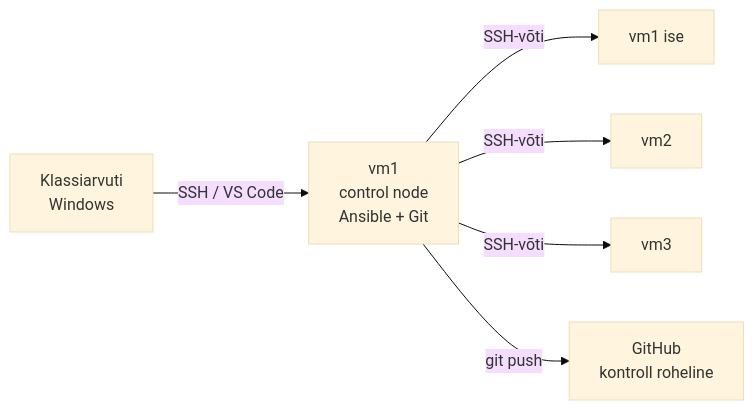
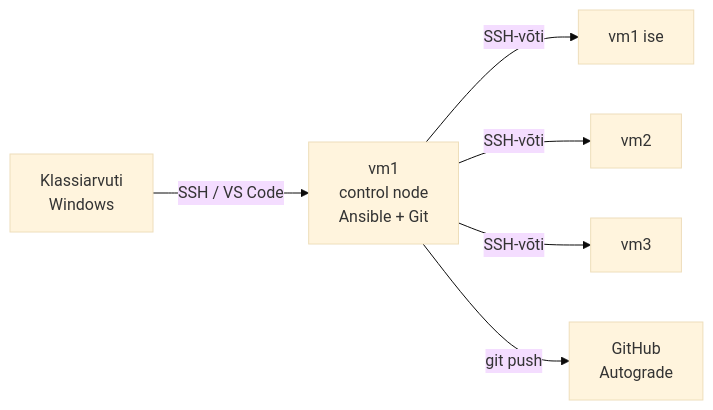
The diagram in docs/week01/lab.md (hkhk-automation/devops-lite), drawn with Mermaid (base theme) before and after one commit. The commit also changed other lines of this file, not shown here.

````diff
--- a/docs/week01/lab.md
+++ b/docs/week01/lab.md
@@ -7,8 +7,8 @@
 ```mermaid
 flowchart LR
     W["Klassiarvuti<br>Windows"] -->|SSH / VS Code| CN["vm1<br>control node<br>Ansible + Git"]
     CN -->|SSH-võti| V1[vm1 ise]
     CN -->|SSH-võti| V2[vm2]
     CN -->|SSH-võti| V3[vm3]
-    CN -->|git push| GH[GitHub<br>kontroll roheline]
+    CN -->|git push| GH[GitHub<br>Autograde]
 ```
````
